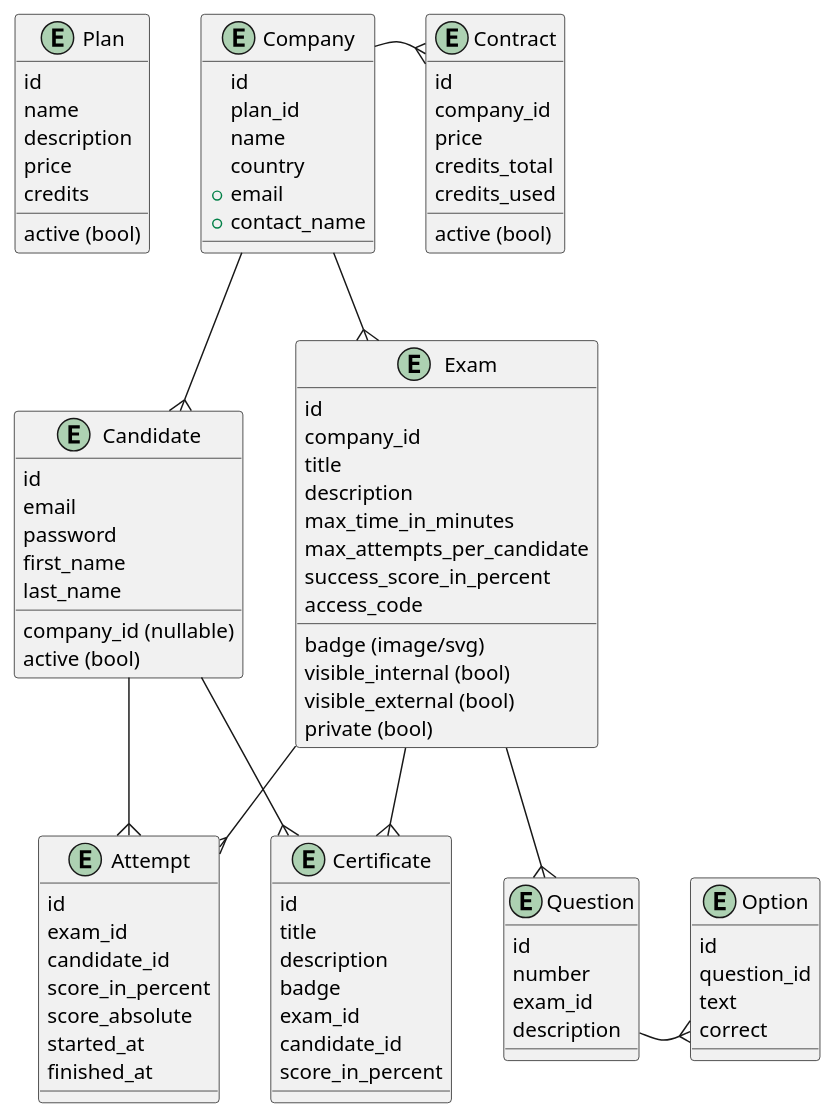
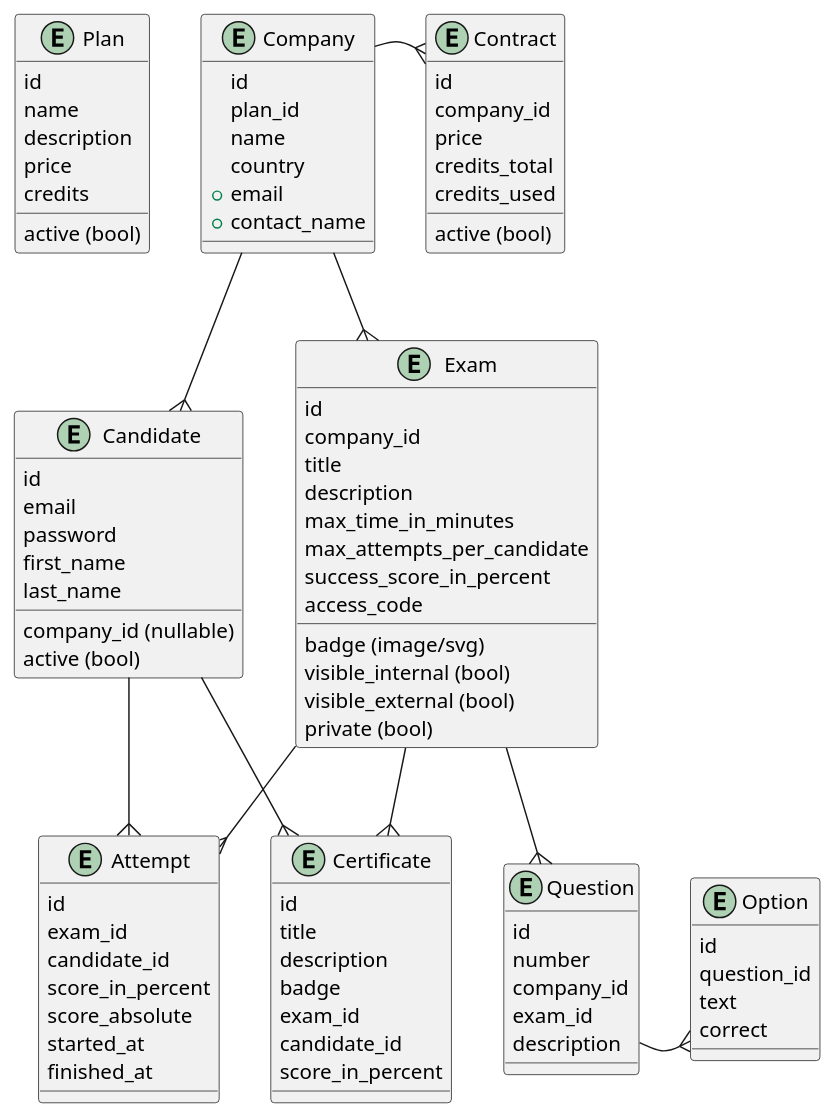
The diagram in database.puml (danielarcher/mymicrocerts), drawn with PlantUML before and after one commit. The commit also changed 5 other files, not shown here.

```diff
--- a/database.puml
+++ b/database.puml
@@ -1,99 +1,100 @@
 @startuml
 entity Plan {
     id
     name
     description
     price
     credits
     active (bool)
 }
 entity Contract {
     id
     company_id
     price
     credits_total
     credits_used
     active (bool)
 }
 entity Company {
     id
     plan_id
     name
     country
     +email
     +contact_name
 }
 
 entity Candidate {
     id
     company_id (nullable)
     email
     password
     first_name
     last_name
     active (bool)
 }
 
 entity Exam {
     id
     company_id
     title
     description
     badge (image/svg)
     max_time_in_minutes
     max_attempts_per_candidate
     success_score_in_percent
     visible_internal (bool)
     visible_external (bool)
     private (bool)
     access_code
 }
 
 entity Attempt {
     id
     exam_id
     candidate_id
     score_in_percent
     score_absolute
     started_at
     finished_at
 }
 
 entity Question {
     id
     number
+    company_id
     exam_id
     description
 }
 
 entity Option {
     id
     question_id
     text
     correct
 }
 
 entity Certificate {
     id
     title
     description
     badge
     exam_id
     candidate_id
     score_in_percent
 }
 
 Plan -[hidden] Company
 Company -[hidden] Contract
 Contract }-- Company
 Company --{ Candidate
 Company --{ Exam
 Exam --{ Question
 Exam --{ Attempt
 Candidate --{ Attempt
 Exam --{ Certificate
 Candidate --{ Certificate
 Question --{ Option
 Question -[hidden] Option
 
 @enduml
```
